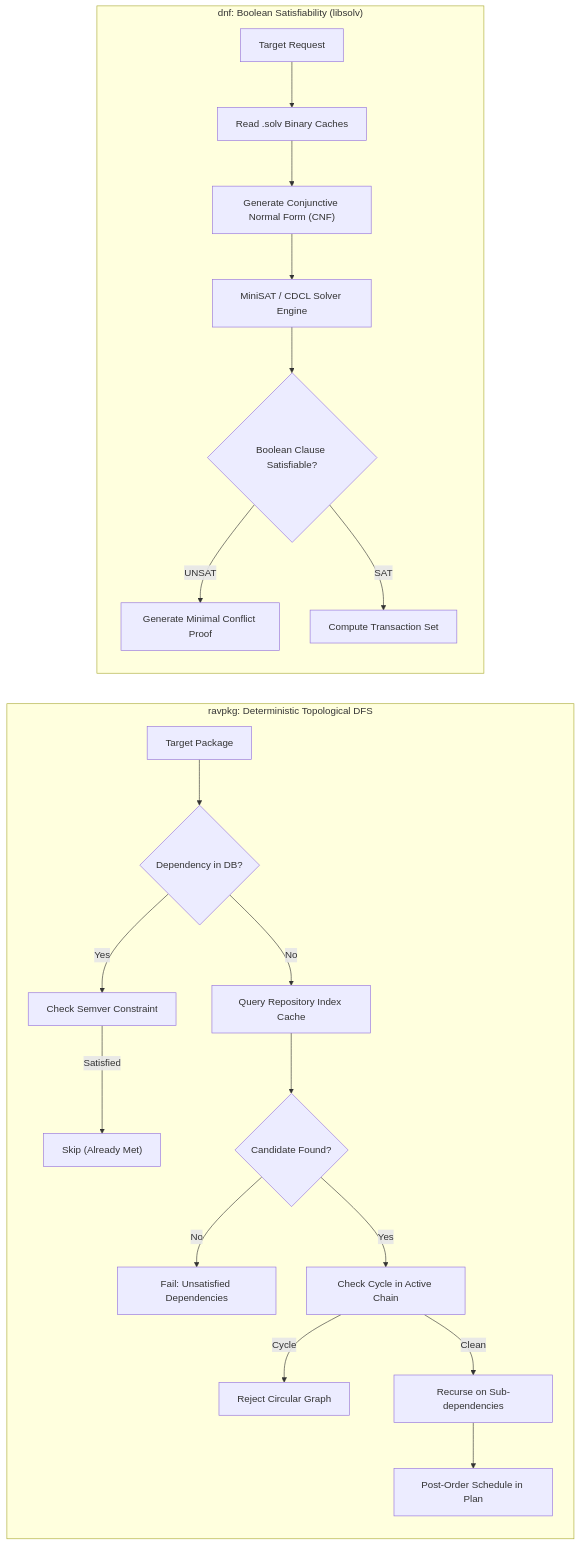
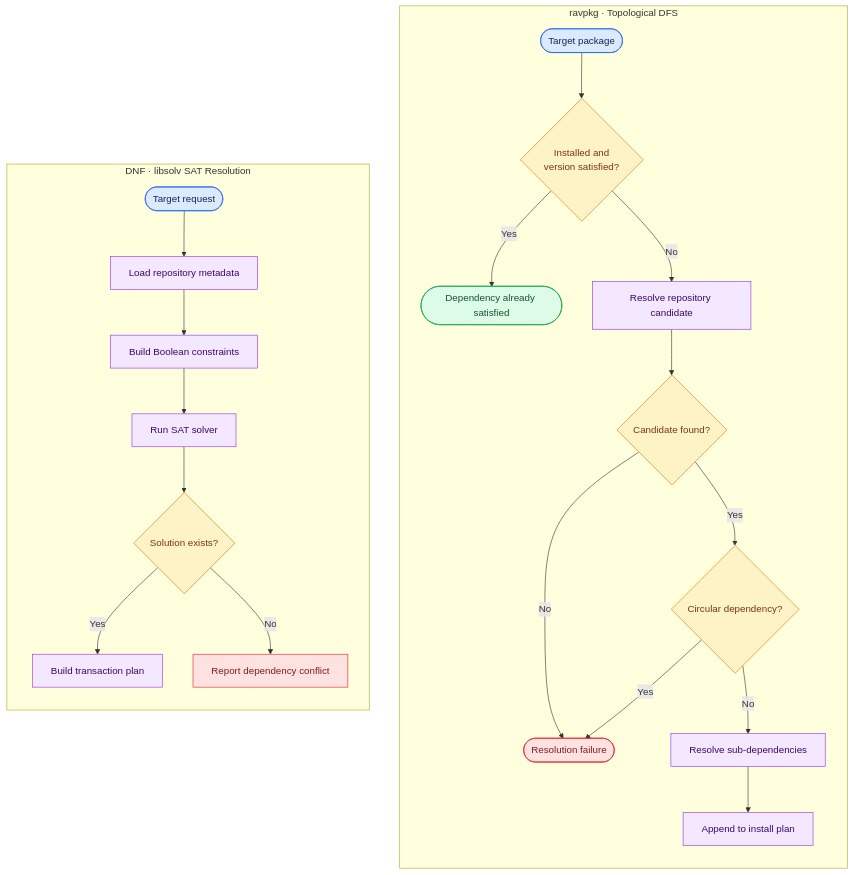
One commit to RavvnOS/Package-Manager changed the third of 4 diagrams in docs/benchmark_analysis.md. Above: the diagram before and after it, drawn with Mermaid. The commit also changed other lines of this file, not shown here.

````diff
--- a/docs/benchmark_analysis.md
+++ b/docs/benchmark_analysis.md
@@ -189,24 +261,50 @@
 ```mermaid
-flowchart LR
-    subgraph "ravpkg: Deterministic Topological DFS"
-        R1["Target Package"] --> R2{"Dependency in DB?"}
-        R2 -- Yes --> R3["Check Semver Constraint"]
-        R3 -- Satisfied --> R4["Skip (Already Met)"]
-        R2 -- No --> R5["Query Repository Index Cache"]
-        R5 --> R6{"Candidate Found?"}
-        R6 -- No --> R7["Fail: Unsatisfied Dependencies"]
-        R6 -- Yes --> R8["Check Cycle in Active Chain"]
-        R8 -- Cycle --> R9["Reject Circular Graph"]
-        R8 -- Clean --> R10["Recurse on Sub-dependencies"]
-        R10 --> R11["Post-Order Schedule in Plan"]
+flowchart TB
+    subgraph R["ravpkg · Topological DFS"]
+        direction TB
+        R1(["Target package"])
+        R2{"Installed and<br/>version satisfied?"}
+        R3["Resolve repository candidate"]
+        R4{"Candidate found?"}
+        R5{"Circular dependency?"}
+        R6["Resolve sub-dependencies"]
+        R7["Append to install plan"]
+        RF(["Resolution failure"])
+        RD(["Dependency already satisfied"])
+
+        R1 --> R2
+        R2 -->|Yes| RD
+        R2 -->|No| R3 --> R4
+        R4 -->|No| RF
+        R4 -->|Yes| R5
+        R5 -->|Yes| RF
+        R5 -->|No| R6 --> R7
     end
 
-    subgraph "dnf: Boolean Satisfiability (libsolv)"
-        D1["Target Request"] --> D2["Read .solv Binary Caches"]
-        D2 --> D3["Generate Conjunctive Normal Form (CNF)"]
-        D3 --> D4["MiniSAT / CDCL Solver Engine"]
-        D4 --> D5{"Boolean Clause Satisfiable?"}
-        D5 -- UNSAT --> D6["Generate Minimal Conflict Proof"]
-        D5 -- SAT --> D7["Compute Transaction Set"]
+    subgraph D["DNF · libsolv SAT Resolution"]
+        direction TB
+        D1(["Target request"])
+        D2["Load repository metadata"]
+        D3["Build Boolean constraints"]
+        D4["Run SAT solver"]
+        D5{"Solution exists?"}
+        D6["Build transaction plan"]
+        D7["Report dependency conflict"]
+
+        D1 --> D2 --> D3 --> D4 --> D5
+        D5 -->|Yes| D6
+        D5 -->|No| D7
     end
+
+    classDef start fill:#dbeafe,stroke:#2563eb,color:#172554
+    classDef decision fill:#fef3c7,stroke:#d97706,color:#78350f
+    classDef process fill:#f3e8ff,stroke:#9333ea,color:#3b0764
+    classDef success fill:#dcfce7,stroke:#16a34a,color:#14532d
+    classDef failure fill:#fee2e2,stroke:#dc2626,color:#7f1d1d
+
+    class R1,D1 start
+    class R2,R4,R5,D5 decision
+    class R3,R6,R7,D2,D3,D4,D6 process
+    class RD success
+    class RF,D7 failure
 ```
````
